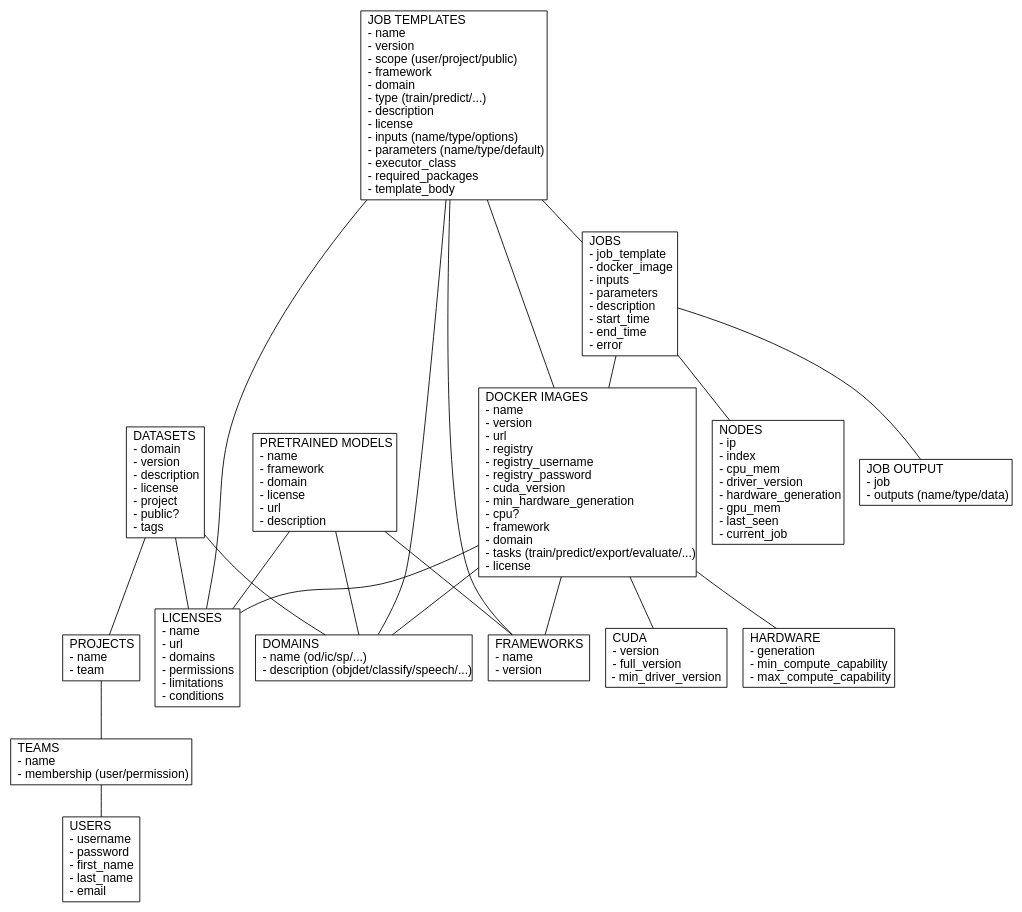
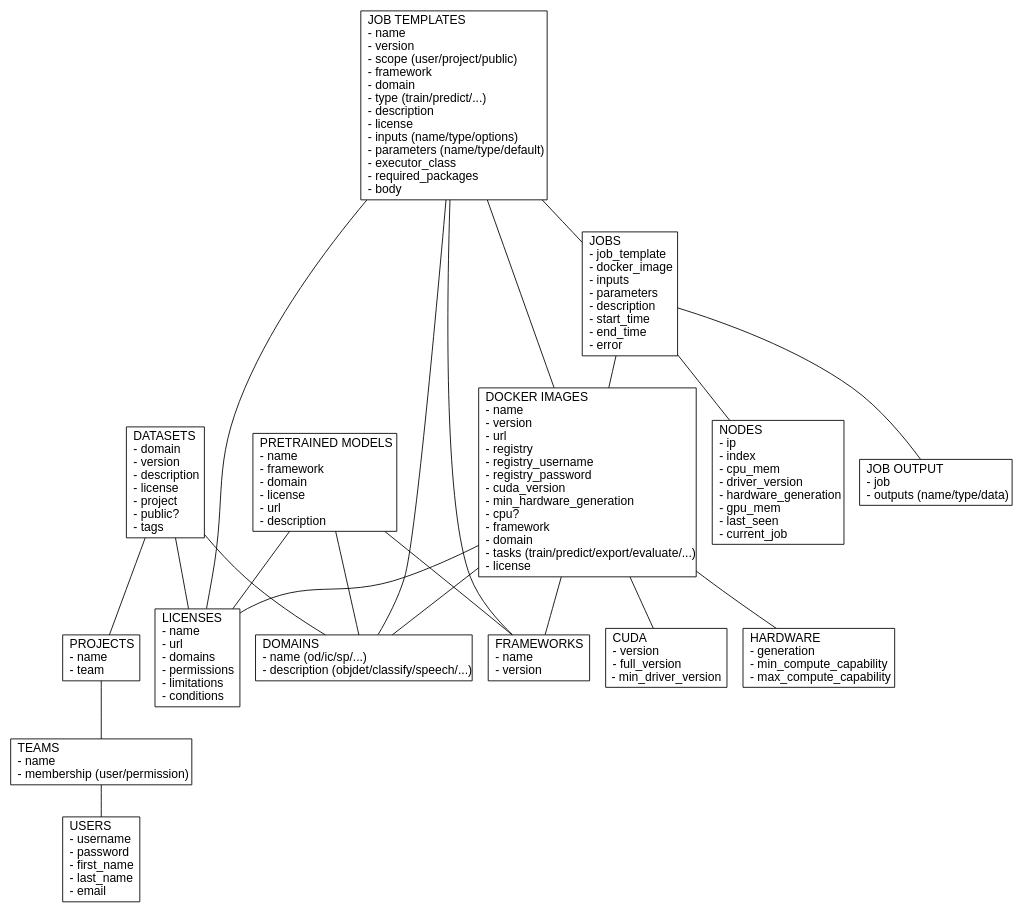
The diagram in docs/img/api.dot (waikato-ufdl/ufdl-api), drawn with Graphviz before and after one commit. The commit also changed 1 other file, not shown here.

Commit message:
renamed body_template to body in job templates

```diff
--- a/docs/img/api.dot
+++ b/docs/img/api.dot
@@ -1,44 +1,44 @@
 graph {
 
   node [shape=record fontname=Arial];
 
   users [label = "USERS\l- username\l- password\l- first_name\l- last_name\l- email\l"];
   teams [label = "TEAMS\l- name\l- membership (user/permission)\l"];
   projects [label = "PROJECTS\l- name\l- team\l"];
   licenses [label = "LICENSES\l- name\l- url\l- domains\l- permissions\l- limitations\l- conditions\l"];
   domains [label = "DOMAINS\l- name (od/ic/sp/...)\l- description (objdet/classify/speech/...)\l"];
 
   cuda [label = "CUDA\l- version\l- full_version\l- min_driver_version"];
   docker_images [label = "DOCKER IMAGES\l- name\l- version\l- url\l- registry\l- registry_username\l- registry_password\l- cuda_version\l- min_hardware_generation\l- cpu?\l- framework\l- domain\l- tasks (train/predict/export/evaluate/...)\l- license\l"];
   frameworks [label = "FRAMEWORKS\l- name\l- version\l"];
   hardware [label = "HARDWARE\l- generation\l- min_compute_capability\l- max_compute_capability\l"];
   nodes [label = "NODES\l- ip\l- index\l- cpu_mem\l- driver_version\l- hardware_generation\l- gpu_mem\l- last_seen\l- current_job\l"];
 
   datasets [label = "DATASETS\l- domain\l- version\l- description\l- license\l- project\l- public?\l- tags\l"];
   pretrained_models [label = "PRETRAINED MODELS\l- name\l- framework\l- domain\l- license\l- url\l- description\l"];
-  job_templates [label = "JOB TEMPLATES\l- name\l- version\l- scope (user/project/public)\l- framework\l- domain\l- type (train/predict/...)\l- description\l- license\l- inputs (name/type/options)\l- parameters (name/type/default)\l- executor_class\l- required_packages\l- template_body\l"];
+  job_templates [label = "JOB TEMPLATES\l- name\l- version\l- scope (user/project/public)\l- framework\l- domain\l- type (train/predict/...)\l- description\l- license\l- inputs (name/type/options)\l- parameters (name/type/default)\l- executor_class\l- required_packages\l- body\l"];
   jobs [label = "JOBS\l- job_template\l- docker_image\l- inputs\l- parameters\l- description\l- start_time\l- end_time\l- error\l"];
   job_output [label = "JOB OUTPUT\l- job\l- outputs (name/type/data)\l"];
 
   teams -- users;
   projects -- teams;
   datasets -- licenses;
   datasets -- projects;
   datasets -- domains;
   pretrained_models -- frameworks;
   pretrained_models -- licenses;
   pretrained_models -- domains;
   docker_images -- cuda;
   docker_images -- hardware;
   docker_images -- frameworks;
   docker_images -- licenses;
   docker_images -- domains;
   job_templates -- jobs;
   job_templates -- licenses;
   job_templates -- frameworks;
   job_templates -- docker_images;
   job_templates -- domains;
   jobs -- job_output;
   jobs -- nodes;
   jobs -- docker_images;
 }
```
